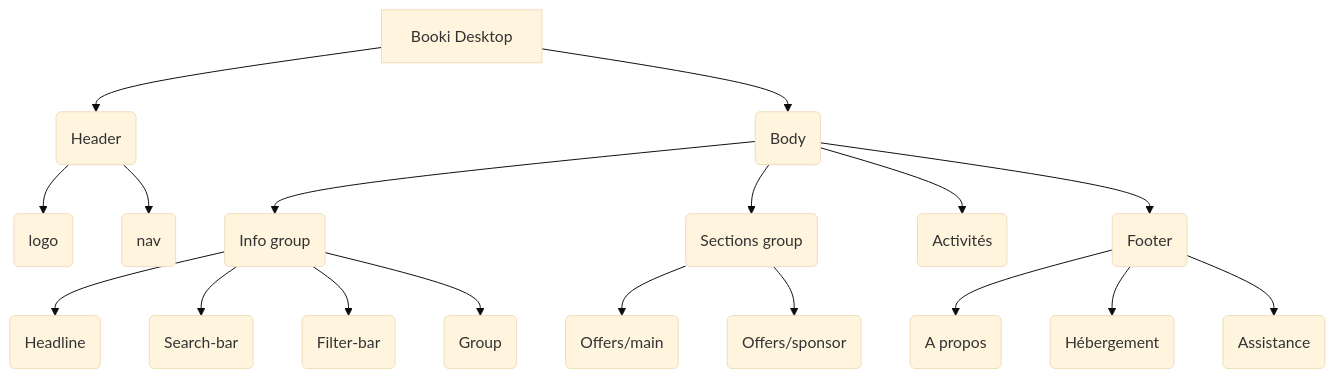
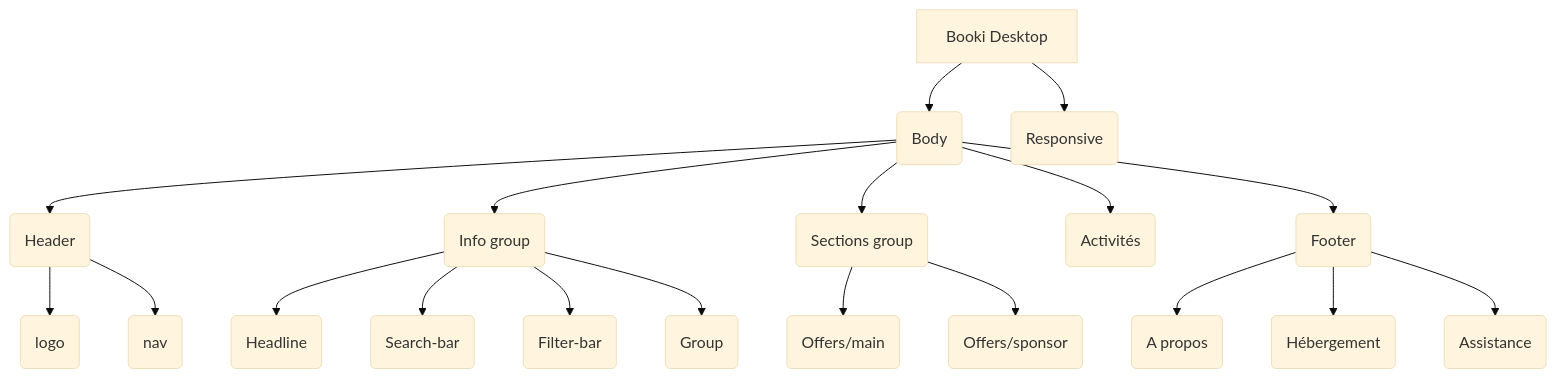
One commit to wariwulf/OpenclassroomsProject changed the diagram in README.md. Above: the diagram before and after it, drawn with Mermaid (base theme). The commit also changed other lines of this file and 2 other files, not shown here.

````diff
--- a/README.md
+++ b/README.md
@@ -19,20 +19,21 @@
 ```mermaid
     flowchart TD
-    A[Booki Desktop] --> B(Header)
+    A[Booki Desktop] --> E(Body)
+    E --> B(Header)
     B --> C(logo)
     B --> D(nav)
-    A --> E(Body)
     E --> F(Info group)
     F --> G(Headline)
     F --> H(Search-bar)
     F --> I(Filter-bar)
     F --> J(Group)
     E --> K(Sections group)
     K --> L(Offers/main)
     K --> M(Offers/sponsor)
     E --> N(Activités)
     E --> O(Footer)
     O --> P(A propos)
     O --> Q(Hébergement)
     O --> R(Assistance)
+    A --> S(Responsive)
 ```
````
